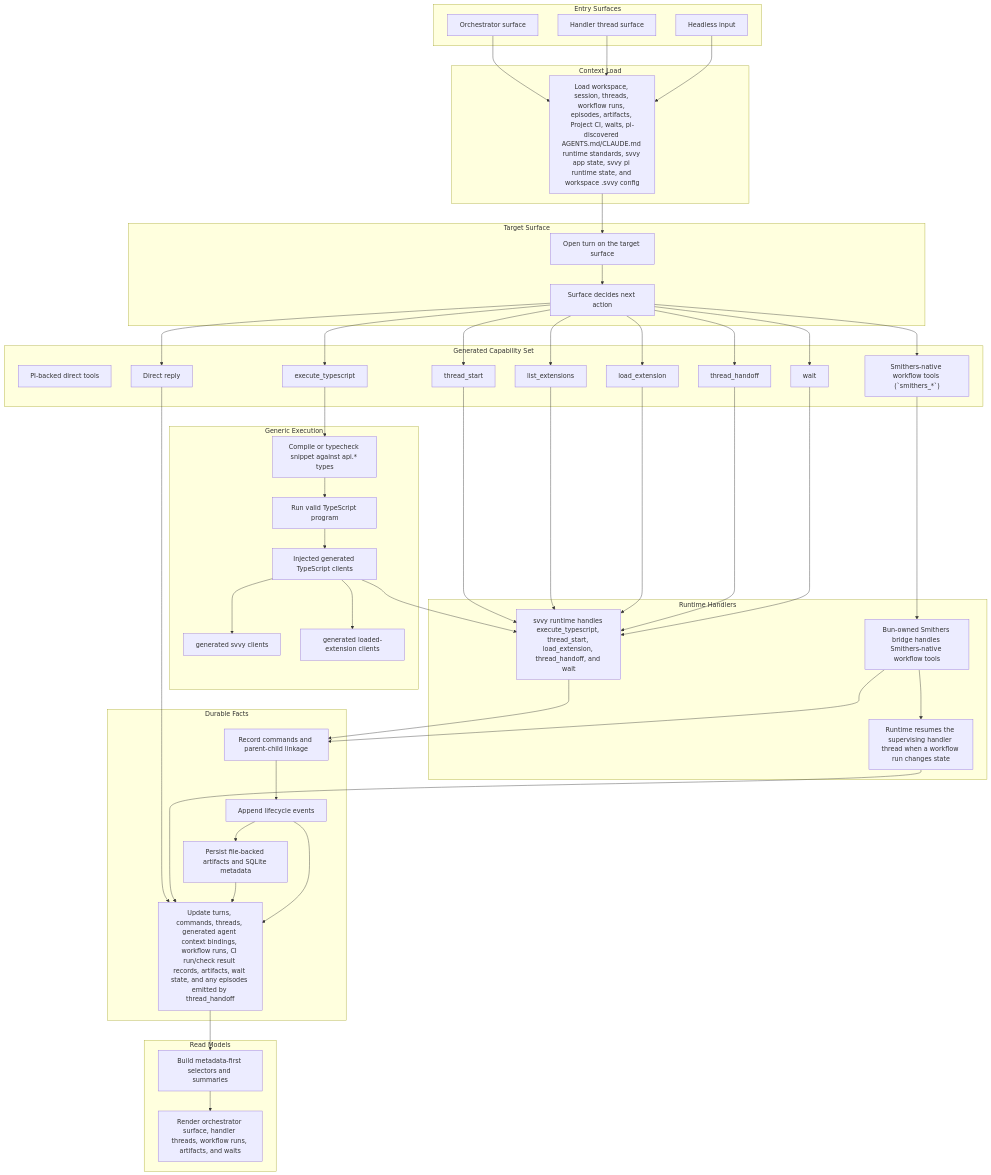
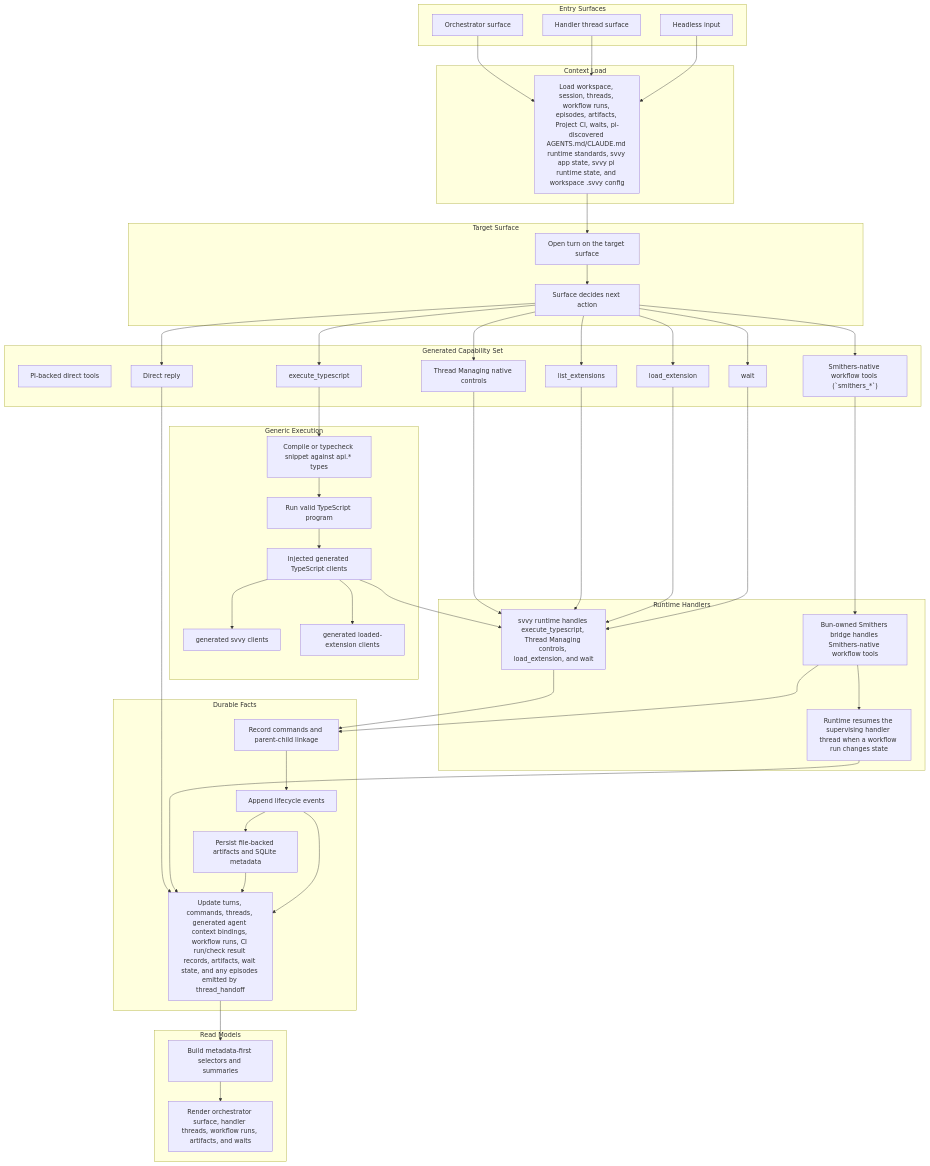
One commit to 0xpolarzero/hellm changed the diagram in docs/execution-model.md. Above: the diagram before and after it, drawn with Mermaid. The commit also changed other lines of this file and 25 other files, not shown here.

```diff
--- a/docs/execution-model.md
+++ b/docs/execution-model.md
@@ -47,10 +47,9 @@
     subgraph Tools["Generated Capability Set"]
         DirectTools["PI-backed direct tools"]
         Generic["execute_typescript"]
-        ThreadStart["thread_start"]
+        ThreadManaging["Thread Managing native controls"]
         ListExtensions["list_extensions"]
         LoadExtension["load_extension"]
-        ThreadHandoff["thread_handoff"]
         SmithersTools["Smithers-native workflow tools (`smithers_*`)"]
         Wait["wait"]
         DirectReply["Direct reply"]
@@ -65,7 +64,7 @@
     end
 
     subgraph Runtime["Runtime Handlers"]
-        RuntimeHandler["svvy runtime handles execute_typescript, thread_start, load_extension, thread_handoff, and wait"]
+        RuntimeHandler["svvy runtime handles execute_typescript, Thread Managing controls, load_extension, and wait"]
         SmithersBridge["Bun-owned Smithers bridge handles Smithers-native workflow tools"]
         ResumeHandler["Runtime resumes the supervising handler thread when a workflow run changes state"]
     end
@@ -90,10 +89,9 @@
     OpenTurn --> Decide
 
     Decide --> Generic
-    Decide --> ThreadStart
+    Decide --> ThreadManaging
     Decide --> ListExtensions
     Decide --> LoadExtension
-    Decide --> ThreadHandoff
     Decide --> SmithersTools
     Decide --> Wait
     Decide --> DirectReply
@@ -105,10 +103,9 @@
     Api --> ApiExtensions
     Api --> RuntimeHandler
 
-    ThreadStart --> RuntimeHandler
+    ThreadManaging --> RuntimeHandler
     ListExtensions --> RuntimeHandler
     LoadExtension --> RuntimeHandler
-    ThreadHandoff --> RuntimeHandler
     SmithersTools --> SmithersBridge
     Wait --> RuntimeHandler
     DirectReply --> State
```
